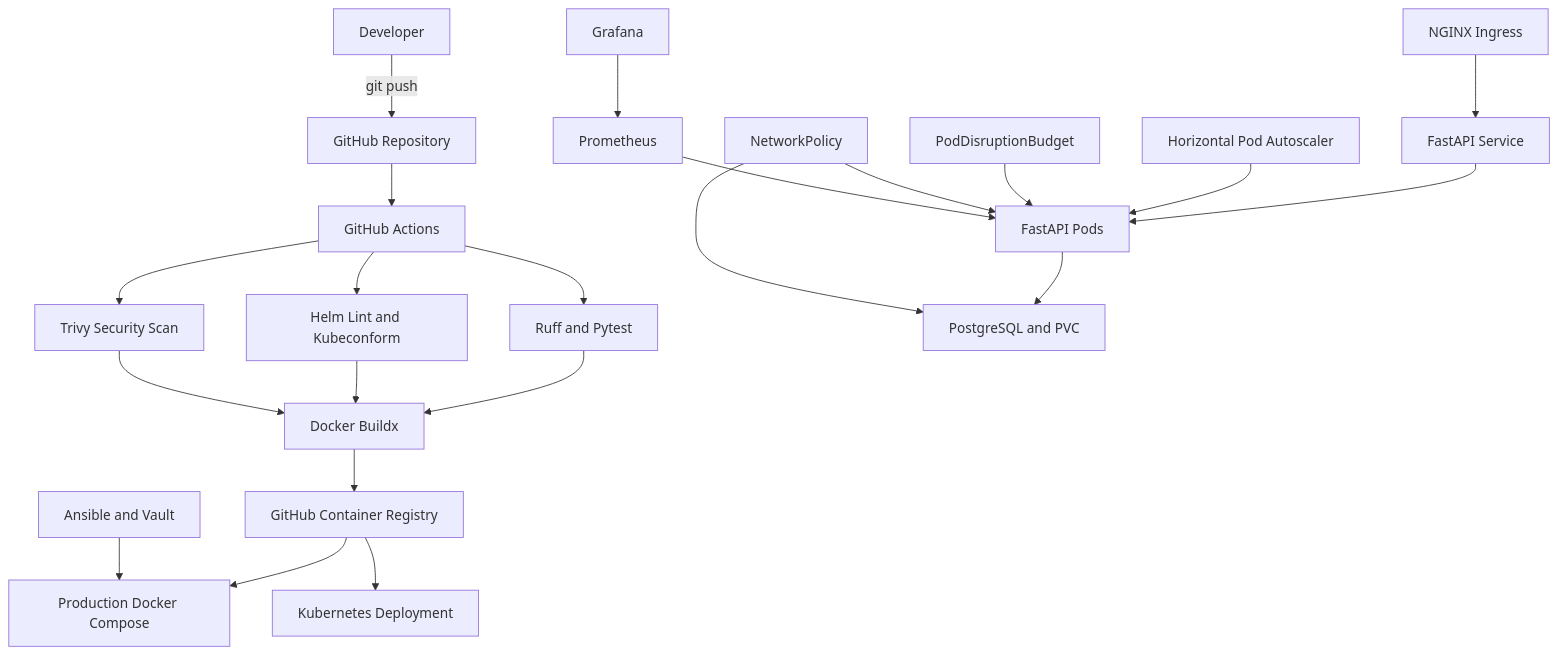
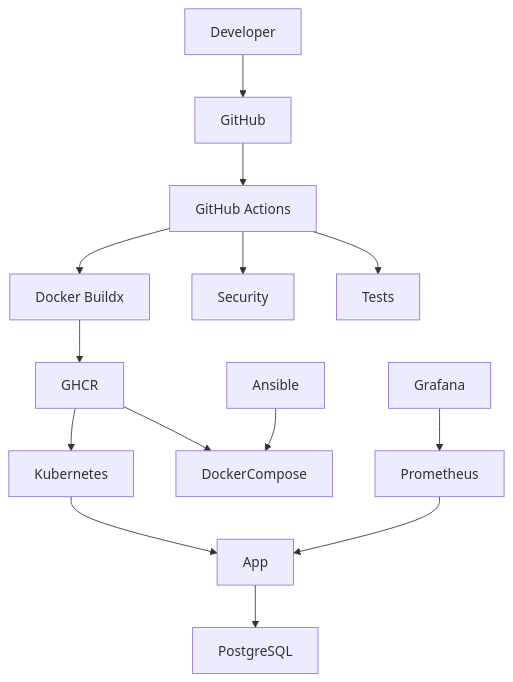
Before and after one commit to slambek/production-ready-devops-project: the diagram in README.md, drawn with Mermaid. The commit also changed other lines of this file, not shown here.

````diff
--- a/README.md
+++ b/README.md
@@ -32,33 +9,16 @@
 ```mermaid
 flowchart TD
-    Developer[Developer] -->|git push| GitHub[GitHub Repository]
-
+    Developer --> GitHub
     GitHub --> Actions[GitHub Actions]
-
-    Actions --> Tests[Ruff and Pytest]
-    Actions --> HelmValidation[Helm Lint and Kubeconform]
-    Actions --> Security[Trivy Security Scan]
-
-    Tests --> Build[Docker Buildx]
-    HelmValidation --> Build
-    Security --> Build
-
-    Build --> GHCR[GitHub Container Registry]
-
-    GHCR --> Compose[Production Docker Compose]
-    GHCR --> Kubernetes[Kubernetes Deployment]
-
-    Ansible[Ansible and Vault] --> Compose
-
-    Ingress[NGINX Ingress] --> AppService[FastAPI Service]
-    AppService --> AppPods[FastAPI Pods]
-    AppPods --> PostgreSQL[PostgreSQL and PVC]
-
-    HPA[Horizontal Pod Autoscaler] --> AppPods
-    PDB[PodDisruptionBudget] --> AppPods
-    NetworkPolicy[NetworkPolicy] --> AppPods
-    NetworkPolicy --> PostgreSQL
-
-    Prometheus[Prometheus] --> AppPods
-    Grafana[Grafana] --> Prometheus
+    Actions --> Tests
+    Actions --> Security
+    Actions --> Build[Docker Buildx]
+    Build --> GHCR
+    GHCR --> DockerCompose
+    GHCR --> Kubernetes
+    Ansible --> DockerCompose
+    Kubernetes --> App
+    App --> PostgreSQL
+    Prometheus --> App
+    Grafana --> Prometheus
 ```
````
